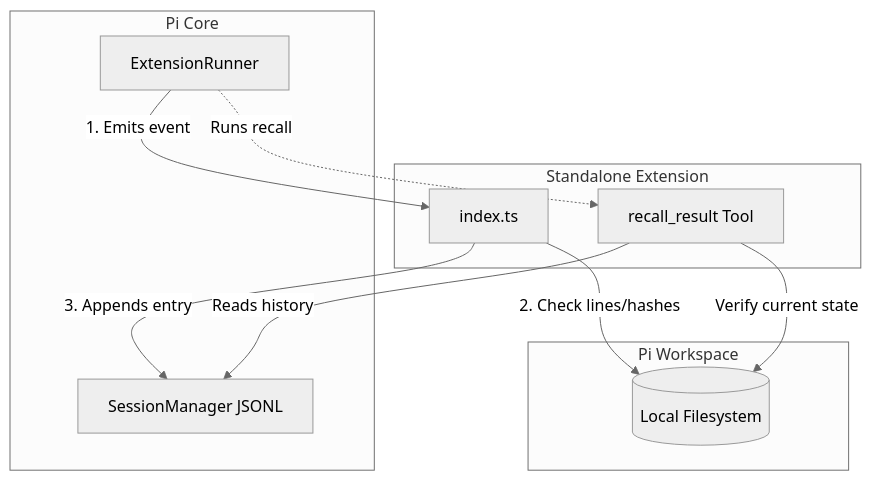
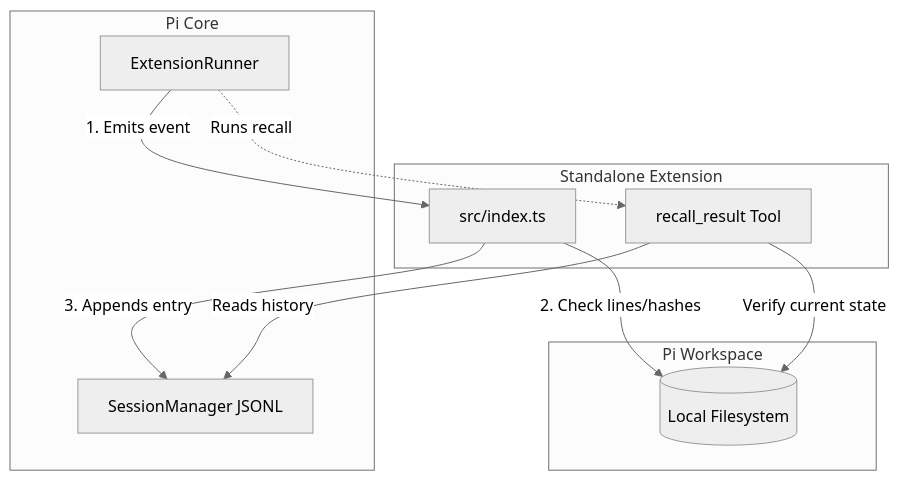
One commit to SkrOYC/context-trimmer changed the first of 4 diagrams in docs/architecture.md. Above: the diagram before and after it, drawn with Mermaid (neutral theme). The commit also changed other lines of this file and 11 other files, not shown here.

````diff
--- a/docs/architecture.md
+++ b/docs/architecture.md
@@ -49,23 +64,23 @@
 ```mermaid
 graph TD
     subgraph Pi Workspace
         disk[(Local Filesystem)]
     end
     
     subgraph Standalone Extension
-        trimmer[index.ts]
+        trimmer[src/index.ts]
         recall[recall_result Tool]
     end
     
     subgraph Pi Core
         runner[ExtensionRunner]
         session[SessionManager JSONL]
     end
 
     runner -->|1. Emits event| trimmer
     trimmer -->|2. Check lines/hashes| disk
     trimmer -->|3. Appends entry| session
     runner -.->|Runs recall| recall
     recall -->|Reads history| session
     recall -->|Verify current state| disk
 ```
````
